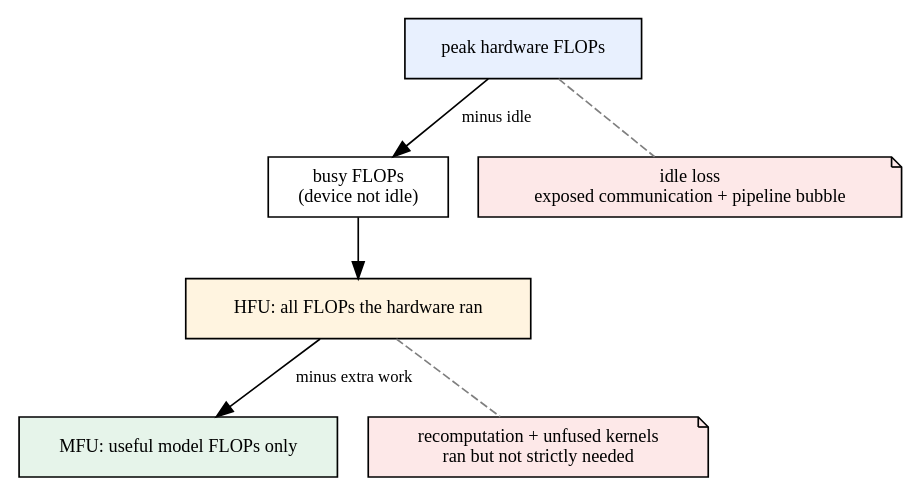
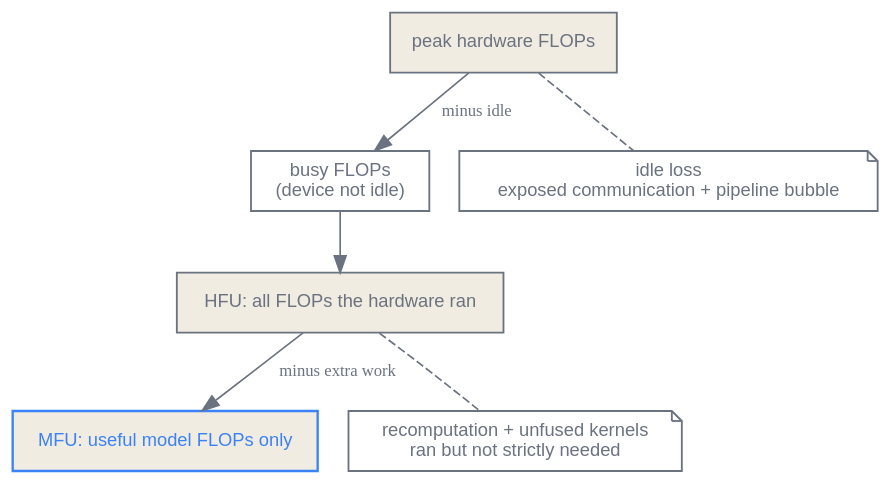
One commit to latere-ai/ai-as-an-infrastructure changed the third of 3 diagrams in en/p7-infrastructure/30-accelerators-networking.qmd. Above: the diagram before and after it, drawn with Graphviz. The commit also changed other lines of this file and 186 other files, not shown here.

First line of the commit message:
book: visual audit pass on all diagrams and figures

````diff
--- a/en/p7-infrastructure/30-accelerators-networking.qmd
+++ b/en/p7-infrastructure/30-accelerators-networking.qmd
@@ -114,24 +119,27 @@
 ```{dot}
 //| label: fig-accelerators-networking-flops-gap
 //| fig-cap: "Reading the per-step timeline as a descent from peak FLOPs to MFU. Exposed communication and the pipeline bubble are idle loss; recomputation and unfused kernels are work the hardware ran, which is why HFU sits above MFU."
 digraph flops_gap {
+  bgcolor="transparent";
+  node [fontname="Helvetica", color="#6b7280", fontcolor="#6b7280", penwidth=1.1];
+  edge [color="#6b7280", fontcolor="#6b7280"];
   rankdir=TB;
   node [shape=box, fontsize=11];
   edge [fontsize=10];
 
-  peak [label="peak hardware FLOPs", style="filled", fillcolor="#e8f0fe"];
+  peak [label="peak hardware FLOPs", style="filled", fillcolor="#f1ece1"];
   busy [label="busy FLOPs\n(device not idle)"];
-  hfu  [label="HFU: all FLOPs the hardware ran", style="filled", fillcolor="#fff4e0"];
-  mfu  [label="MFU: useful model FLOPs only", style="filled", fillcolor="#e6f4ea"];
+  hfu  [label="HFU: all FLOPs the hardware ran", style="filled", fillcolor="#f1ece1"];
+  mfu  [label="MFU: useful model FLOPs only", style="filled", fillcolor="#f1ece1", color="#3b82f6", fontcolor="#3b82f6", penwidth=1.4];
 
-  idle    [label="idle loss\nexposed communication + pipeline bubble", shape=note, fillcolor="#fde8e8", style="filled"];
-  recomp  [label="recomputation + unfused kernels\nran but not strictly needed", shape=note, fillcolor="#fde8e8", style="filled"];
+  idle    [label="idle loss\nexposed communication + pipeline bubble", shape=note];
+  recomp  [label="recomputation + unfused kernels\nran but not strictly needed", shape=note];
 
   peak -> busy [label="minus idle"];
   busy -> hfu;
   hfu  -> mfu [label="minus extra work"];
 
-  peak -> idle [style=dashed, color=gray50, dir=none];
-  hfu  -> recomp [style=dashed, color=gray50, dir=none];
+  peak -> idle [style=dashed, color="#6b7280", dir=none];
+  hfu  -> recomp [style=dashed, color="#6b7280", dir=none];
 }
 ```
````
